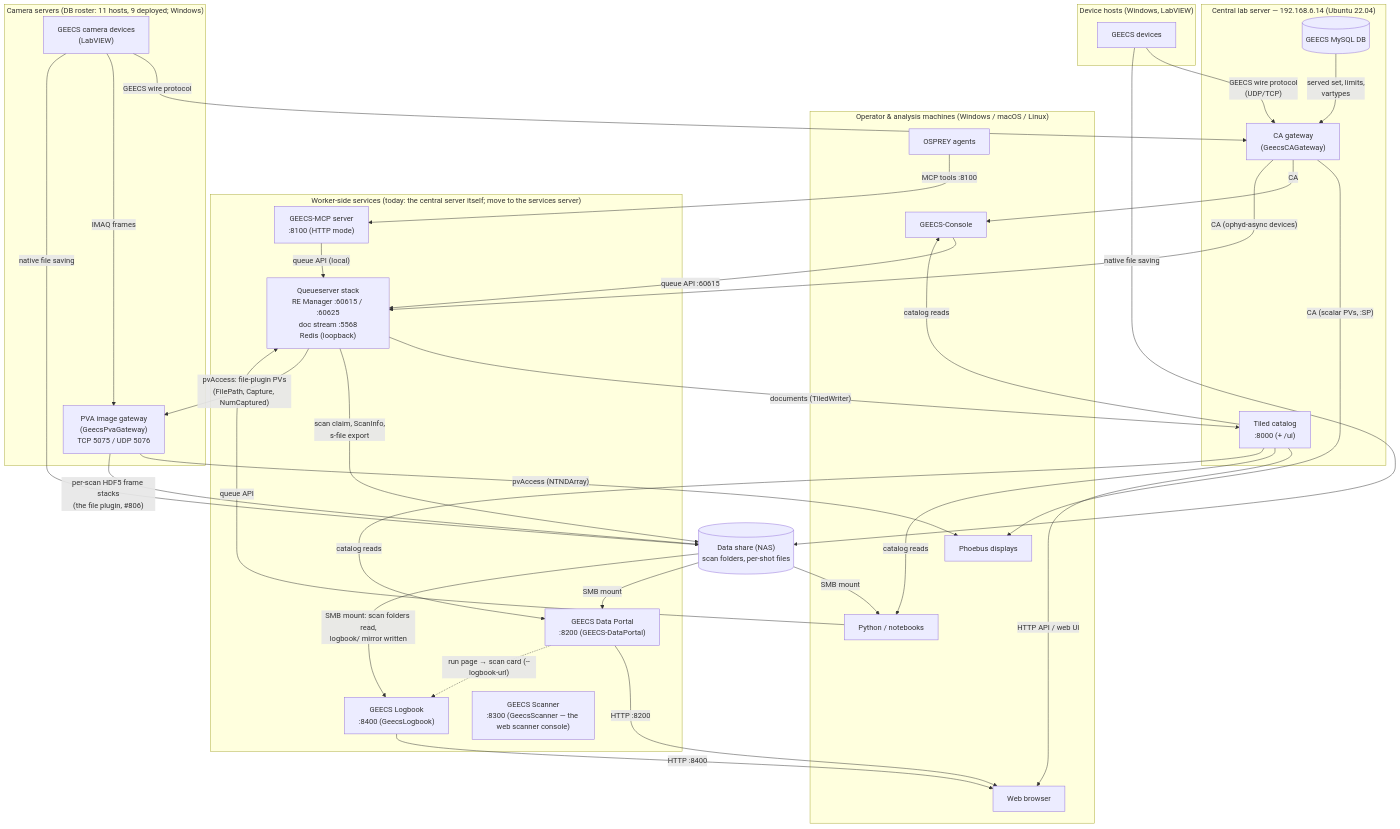
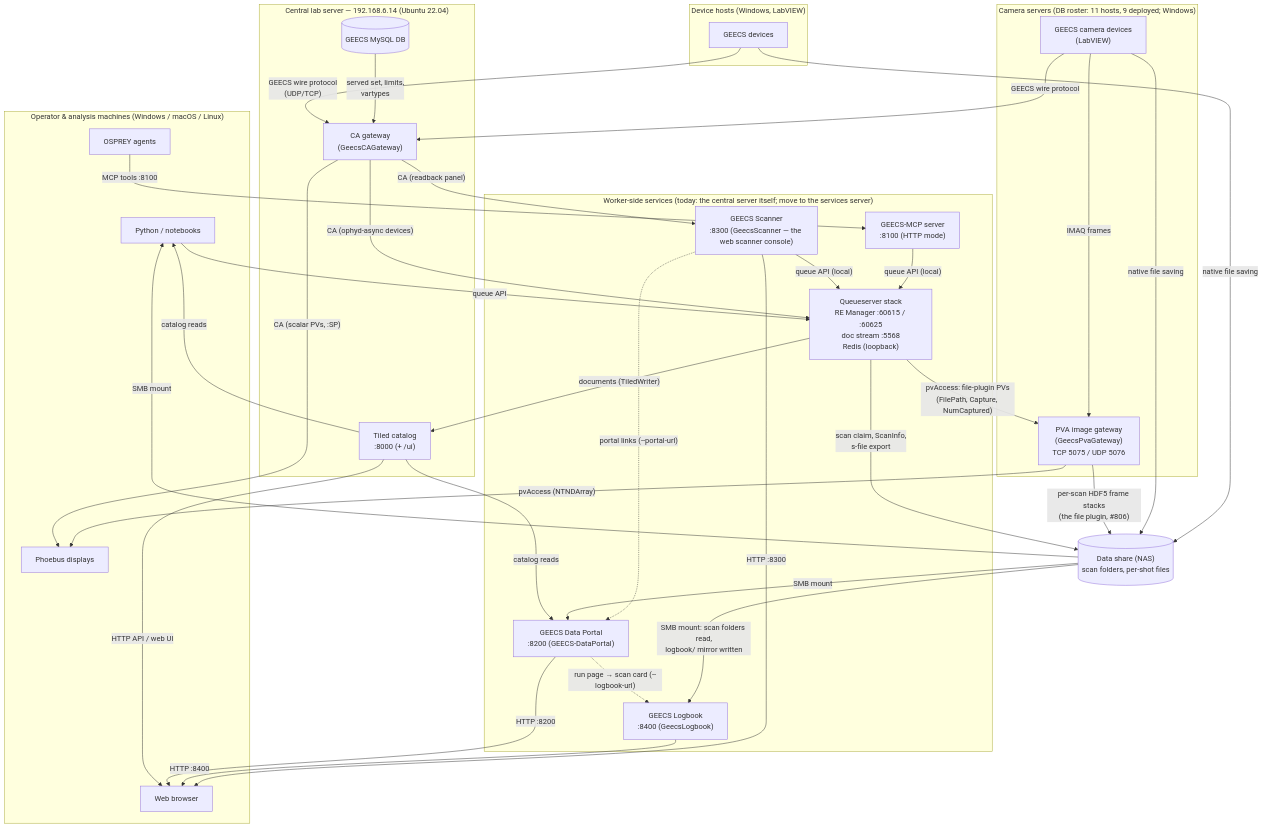
One commit to GEECS-BELLA/GEECS-Plugins changed the diagram in docs/platform/fleet_map.md. Above: the diagram before and after it, drawn with Mermaid. The commit also changed other lines of this file and 133 other files, not shown here.

````diff
--- a/docs/platform/fleet_map.md
+++ b/docs/platform/fleet_map.md
@@ -49,68 +49,68 @@
 ```mermaid
 flowchart TB
     subgraph clients["Operator & analysis machines (Windows / macOS / Linux)"]
-        console["GEECS-Console"]
         phoebus["Phoebus displays"]
         nb["Python / notebooks"]
         osprey["OSPREY agents"]
         browser["Web browser"]
     end
 
     subgraph central["Central lab server — 192.168.6.14 (Ubuntu 22.04)"]
         cagw["CA gateway<br/>(GeecsCAGateway)"]
         tiled["Tiled catalog<br/>:8000 (+ /ui)"]
         db[("GEECS MySQL DB")]
     end
 
     subgraph worker["Worker-side services (today: the central server itself; move to the services server)"]
         qs["Queueserver stack<br/>RE Manager :60615 / :60625<br/>doc stream :5568<br/>Redis (loopback)"]
         mcp["GEECS-MCP server<br/>:8100 (HTTP mode)"]
         portal["GEECS Data Portal<br/>:8200 (GEECS-DataPortal)"]
         logbook["GEECS Logbook<br/>:8400 (GeecsLogbook)"]
         scanner["GEECS Scanner<br/>:8300 (GeecsScanner — the web scanner console)"]
     end
 
     subgraph camsrv["Camera servers (DB roster: 11 hosts, 9 deployed; Windows)"]
         cams["GEECS camera devices<br/>(LabVIEW)"]
         pvagw["PVA image gateway<br/>(GeecsPvaGateway)<br/>TCP 5075 / UDP 5076"]
     end
 
     subgraph devhosts["Device hosts (Windows, LabVIEW)"]
         devs["GEECS devices"]
     end
 
     nas[("Data share (NAS)<br/>scan folders, per-shot files")]
 
     devs -- "GEECS wire protocol<br/>(UDP/TCP)" --> cagw
     cams -- "GEECS wire protocol" --> cagw
     cams -- "IMAQ frames" --> pvagw
     db -- "served set, limits,<br/>vartypes" --> cagw
 
     cagw -- "CA (scalar PVs, :SP)" --> phoebus
-    cagw -- "CA" --> console
+    cagw -- "CA (readback panel)" --> scanner
     cagw -- "CA (ophyd-async devices)" --> qs
     pvagw -- "pvAccess (NTNDArray)" --> phoebus
 
-    console -- "queue API :60615" --> qs
+    scanner -- "queue API (local)" --> qs
     nb -- "queue API" --> qs
     osprey -- "MCP tools :8100" --> mcp
     mcp -- "queue API (local)" --> qs
 
     qs -- "documents (TiledWriter)" --> tiled
     qs -- "scan claim, ScanInfo,<br/>s-file export" --> nas
     qs -- "pvAccess: file-plugin PVs<br/>(FilePath, Capture, NumCaptured)" --> pvagw
     pvagw -- "per-scan HDF5 frame stacks<br/>(the file plugin, #806)" --> nas
     cams -- "native file saving" --> nas
     devs -- "native file saving" --> nas
 
     tiled -- "HTTP API / web UI" --> browser
-    tiled -- "catalog reads" --> console
     tiled -- "catalog reads" --> nb
     tiled -- "catalog reads" --> portal
     nas -- "SMB mount" --> portal
     portal -- "HTTP :8200" --> browser
     portal -. "run page → scan card (--logbook-url)" .-> logbook
     nas -- "SMB mount: scan folders read,<br/>logbook/ mirror written" --> logbook
     logbook -- "HTTP :8400" --> browser
+    scanner -- "HTTP :8300" --> browser
+    scanner -. "portal links (--portal-url)" .-> portal
     nas -- "SMB mount" --> nb
 ```
````
